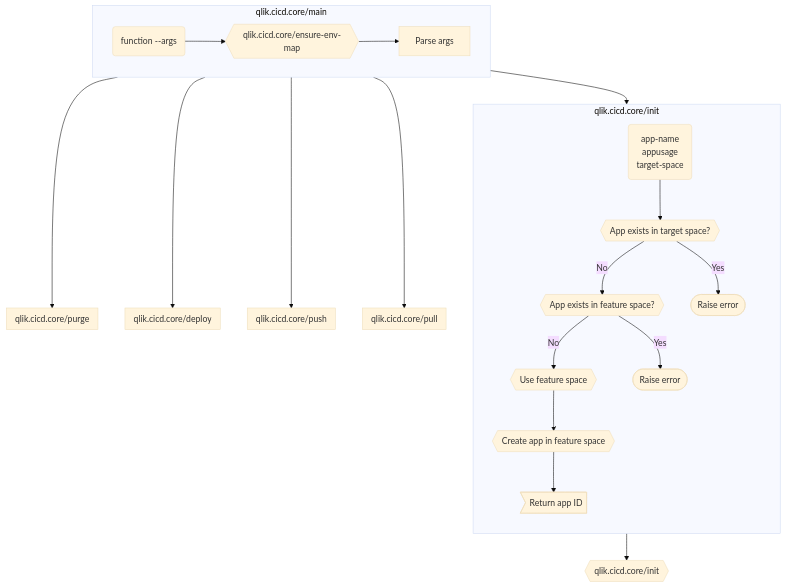
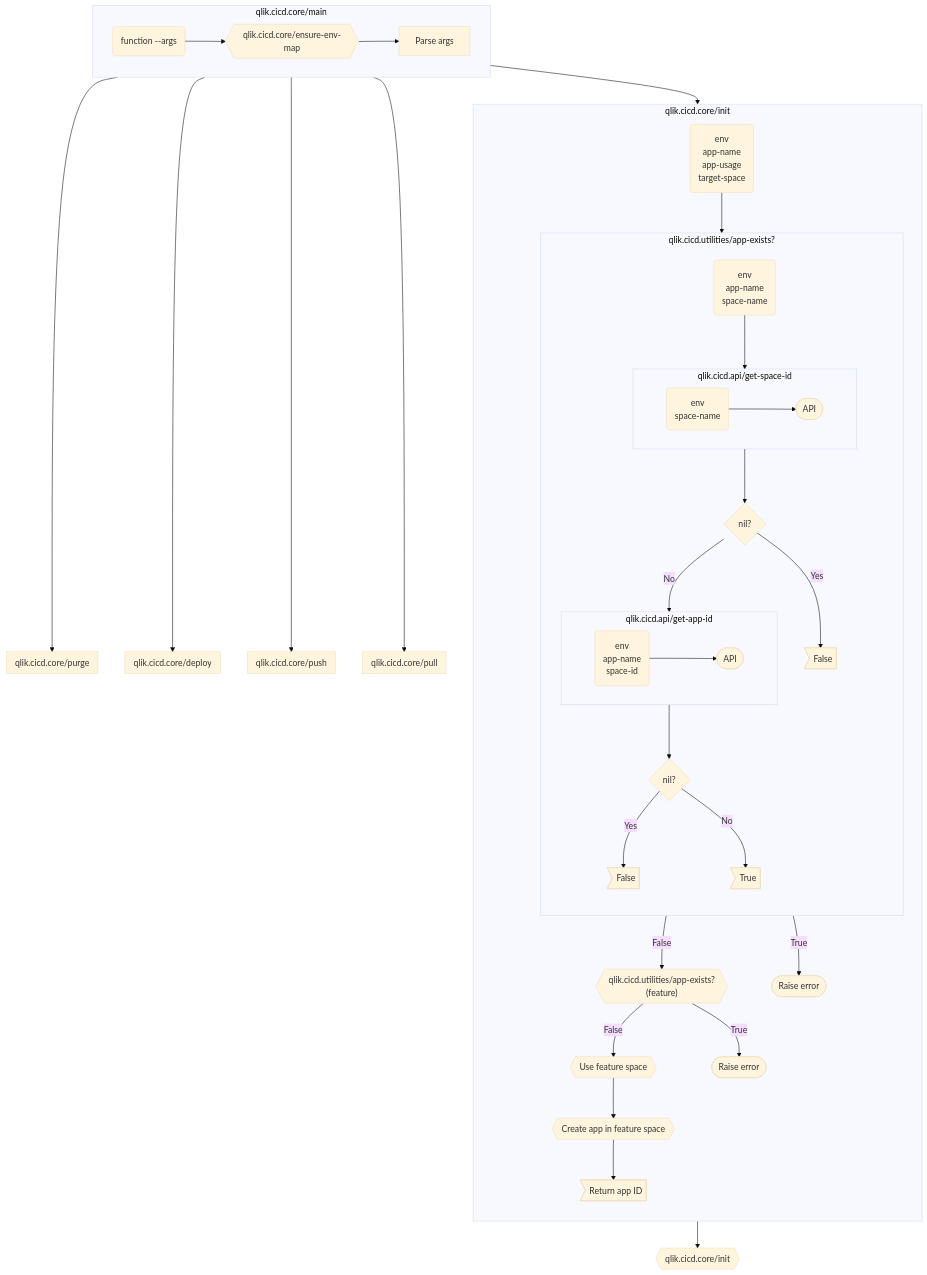
Before and after one commit to mattiasthalen/qlik-cicd-cli: the diagram in README.md, drawn with Mermaid (base theme).

Commit message:
Enhance app existence checks in flowchart with detailed API interactions

```diff
--- a/README.md
+++ b/README.md
@@ -14,20 +14,57 @@
     
     subgraph init[qlik.cicd.core/init]
         direction TB
-        init__input@{shape: event, label: "app-name\nappusage\ntarget-space"}
-        init__app_exists__target@{shape: prepare, label: "App exists in target space?"}
-        init__app_exists__feature@{shape: prepare, label: "App exists in feature space?"}
+        init__input@{shape: event, label: "env\napp-name\napp-usage\ntarget-space"}
+
+        subgraph app_exists["qlik.cicd.utilities/app-exists?"]
+            direction TB
+
+            app_exists__input@{shape: event, label: "env\napp-name\nspace-name"}
+            
+            subgraph get_space_id["qlik.cicd.api/get-space-id"]
+                get_space_id__input@{shape: event, label: "env\nspace-name"}
+                endpoint__space@{shape: terminal, label: "API"}
+
+                get_space_id__input --> endpoint__space
+            end
+
+            is_space_id_null@{shape: decision, label: "nil?"}
+            app_exists__return__false__space@{shape: odd, label: "False"}
+
+            subgraph get_app_id["qlik.cicd.api/get-app-id"]
+                get_app_id__input@{shape: event, label: "env\napp-name\nspace-id"}
+                endpoint__app@{shape: terminal, label: "API"}
+
+                get_app_id__input --> endpoint__app
+            end
+
+            is_app_id_null@{shape: decision, label: "nil?"}
+
+            app_exists__return__true@{shape: odd, label: "True"}
+            app_exists__return__false__app@{shape: odd, label: "False"}
+
+            app_exists__input --> get_space_id
+            get_space_id --> is_space_id_null
+            is_space_id_null -->|Yes| app_exists__return__false__space
+            is_space_id_null -->|No| get_app_id
+            get_app_id --> is_app_id_null
+            is_app_id_null -->|Yes| app_exists__return__false__app
+            is_app_id_null -->|No| app_exists__return__true
+
+        end
+
+        init__app_exists__feature@{shape: prepare, label: "qlik.cicd.utilities/app-exists?\n(feature)"}
         init__use_space__feature@{shape: prepare, label: "Use  feature space"}
         init__create_app@{shape: prepare, label: "Create app in feature space"}
         init__return__success@{shape: odd, label: "Return app ID"}        
         init__return__failure__target@{shape: terminal, label: "Raise error"}
         init__return__failure__feature@{shape: terminal, label: "Raise error"}
 
-        init__input --> init__app_exists__target
-        init__app_exists__target -->|No| init__app_exists__feature
-        init__app_exists__target -->|Yes| init__return__failure__target
-        init__app_exists__feature -->|No| init__use_space__feature
-        init__app_exists__feature -->|Yes| init__return__failure__feature
+        init__input --> app_exists
+        app_exists -->|False| init__app_exists__feature
+        app_exists -->|True| init__return__failure__target
+        init__app_exists__feature -->|False| init__use_space__feature
+        init__app_exists__feature -->|True| init__return__failure__feature
         init__use_space__feature --> init__create_app
         init__create_app --> init__return__success
 
```
